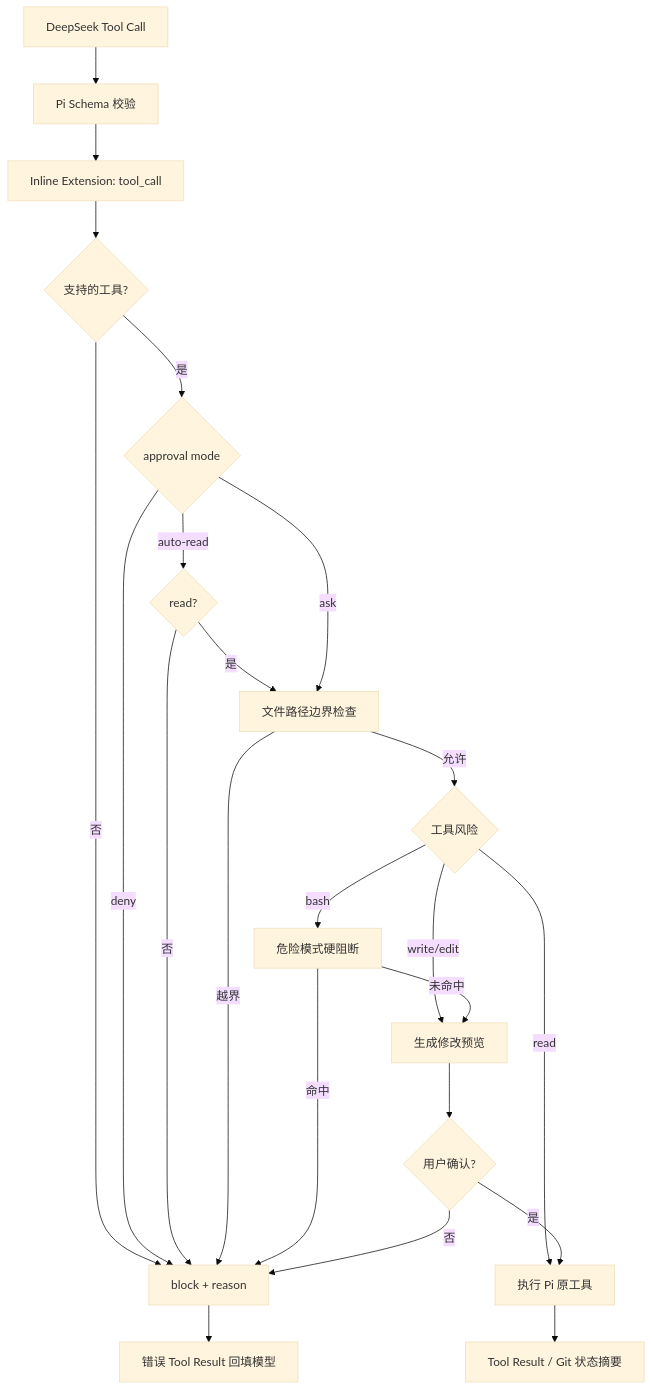
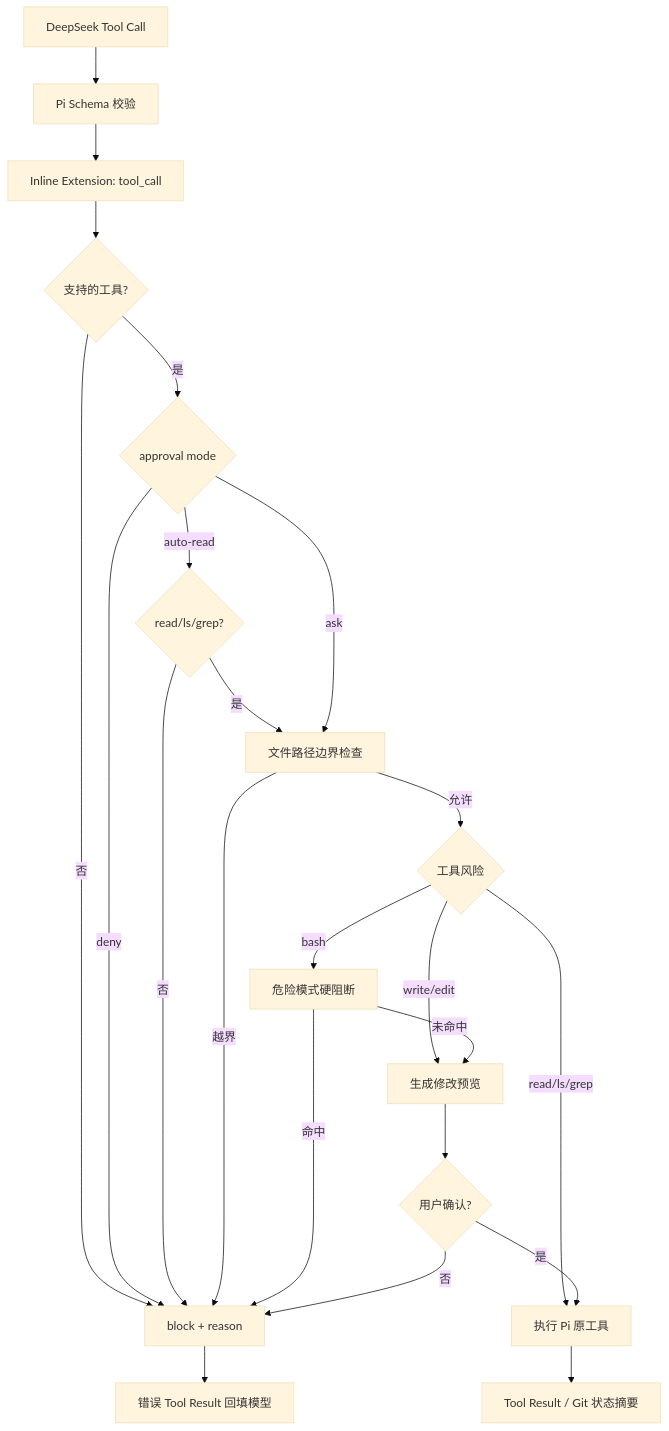
Before and after one commit to haotangyuan/deepseek-coding-agent: the diagram in docs/tool-safety.md, drawn with Mermaid (base theme). The commit also changed other lines of this file and 10 other files, not shown here.

````diff
--- a/docs/tool-safety.md
+++ b/docs/tool-safety.md
@@ -25,25 +25,25 @@
 ```mermaid
 flowchart TD
     Model["DeepSeek Tool Call"] --> Schema["Pi Schema 校验"]
     Schema --> Hook["Inline Extension: tool_call"]
     Hook --> Supported{"支持的工具?"}
     Supported -->|否| Block["block + reason"]
     Supported -->|是| Mode{"approval mode"}
     Mode -->|deny| Block
-    Mode -->|auto-read| ReadOnly{"read?"}
+    Mode -->|auto-read| ReadOnly{"read/ls/grep?"}
     ReadOnly -->|否| Block
     ReadOnly -->|是| Path
     Mode -->|ask| Path["文件路径边界检查"]
     Path -->|越界| Block
     Path -->|允许| Risk{"工具风险"}
-    Risk -->|read| Execute["执行 Pi 原工具"]
+    Risk -->|read/ls/grep| Execute["执行 Pi 原工具"]
     Risk -->|write/edit| Preview["生成修改预览"]
     Risk -->|bash| Command["危险模式硬阻断"]
     Command -->|命中| Block
     Command -->|未命中| Preview
     Preview --> Approval{"用户确认?"}
     Approval -->|否| Block
     Approval -->|是| Execute
     Block --> ToolError["错误 Tool Result 回填模型"]
     Execute --> Result["Tool Result / Git 状态摘要"]
 ```
````
